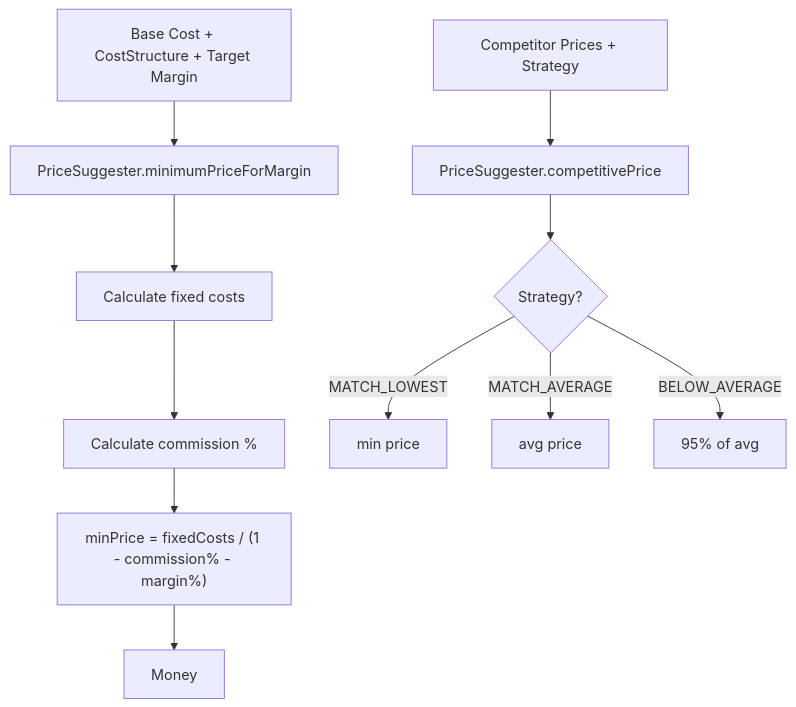
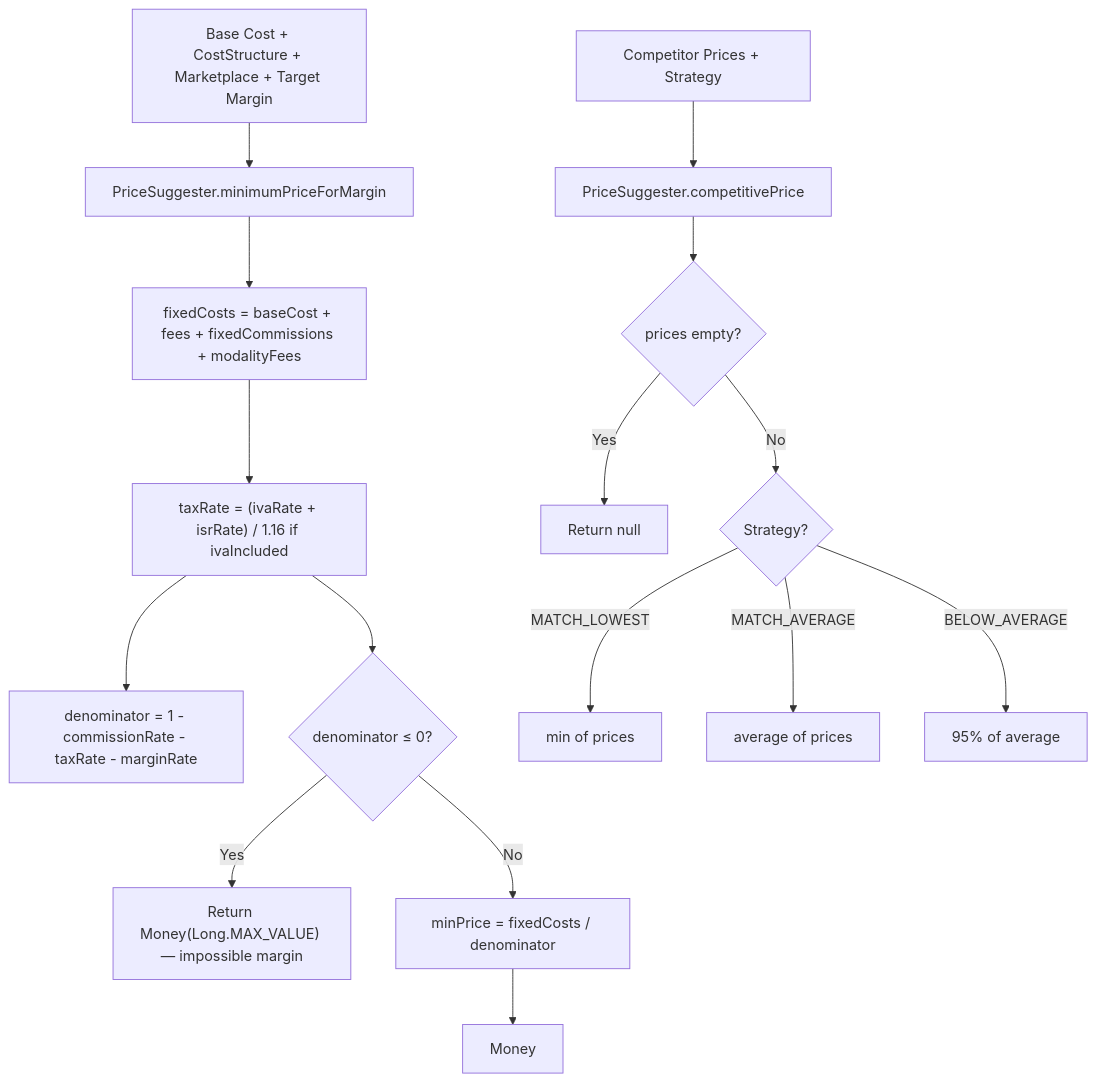
Before and after one commit to tfonrouge/marketPlazeLib: the sixth of 7 diagrams in blueprints/MarketPlazeLib(MODULE)/FLOWCHART.md, drawn with Mermaid. The commit also changed other lines of this file and 28 other files, not shown here.

````diff
--- a/blueprints/MarketPlazeLib(MODULE)/FLOWCHART.md
+++ b/blueprints/MarketPlazeLib(MODULE)/FLOWCHART.md
@@ -59,14 +113,19 @@
 ```mermaid
 flowchart TD
-    A[Base Cost + CostStructure + Target Margin] --> B[PriceSuggester.minimumPriceForMargin]
-    B --> C[Calculate fixed costs]
-    C --> D[Calculate commission %]
-    D --> E["minPrice = fixedCosts / (1 - commission% - margin%)"]
-    E --> F[Money]
+    A[Base Cost + CostStructure + Marketplace + Target Margin] --> B[PriceSuggester.minimumPriceForMargin]
+    B --> C[fixedCosts = baseCost + fees + fixedCommissions + modalityFees]
+    C --> D["taxRate = (ivaRate + isrRate) / 1.16 if ivaIncluded"]
+    D --> D2["denominator = 1 - commissionRate - taxRate - marginRate"]
+    D --> E{"denominator ≤ 0?"}
+    E -->|Yes| F["Return Money(Long.MAX_VALUE) — impossible margin"]
+    E -->|No| G["minPrice = fixedCosts / denominator"]
+    G --> H[Money]
 
-    G[Competitor Prices + Strategy] --> H[PriceSuggester.competitivePrice]
-    H --> I{Strategy?}
-    I -->|MATCH_LOWEST| J[min price]
-    I -->|MATCH_AVERAGE| K[avg price]
-    I -->|BELOW_AVERAGE| L[95% of avg]
+    I[Competitor Prices + Strategy] --> J[PriceSuggester.competitivePrice]
+    J --> K{"prices empty?"}
+    K -->|Yes| L[Return null]
+    K -->|No| M{Strategy?}
+    M -->|MATCH_LOWEST| N[min of prices]
+    M -->|MATCH_AVERAGE| O[average of prices]
+    M -->|BELOW_AVERAGE| P["95% of average"]
 ```
````
